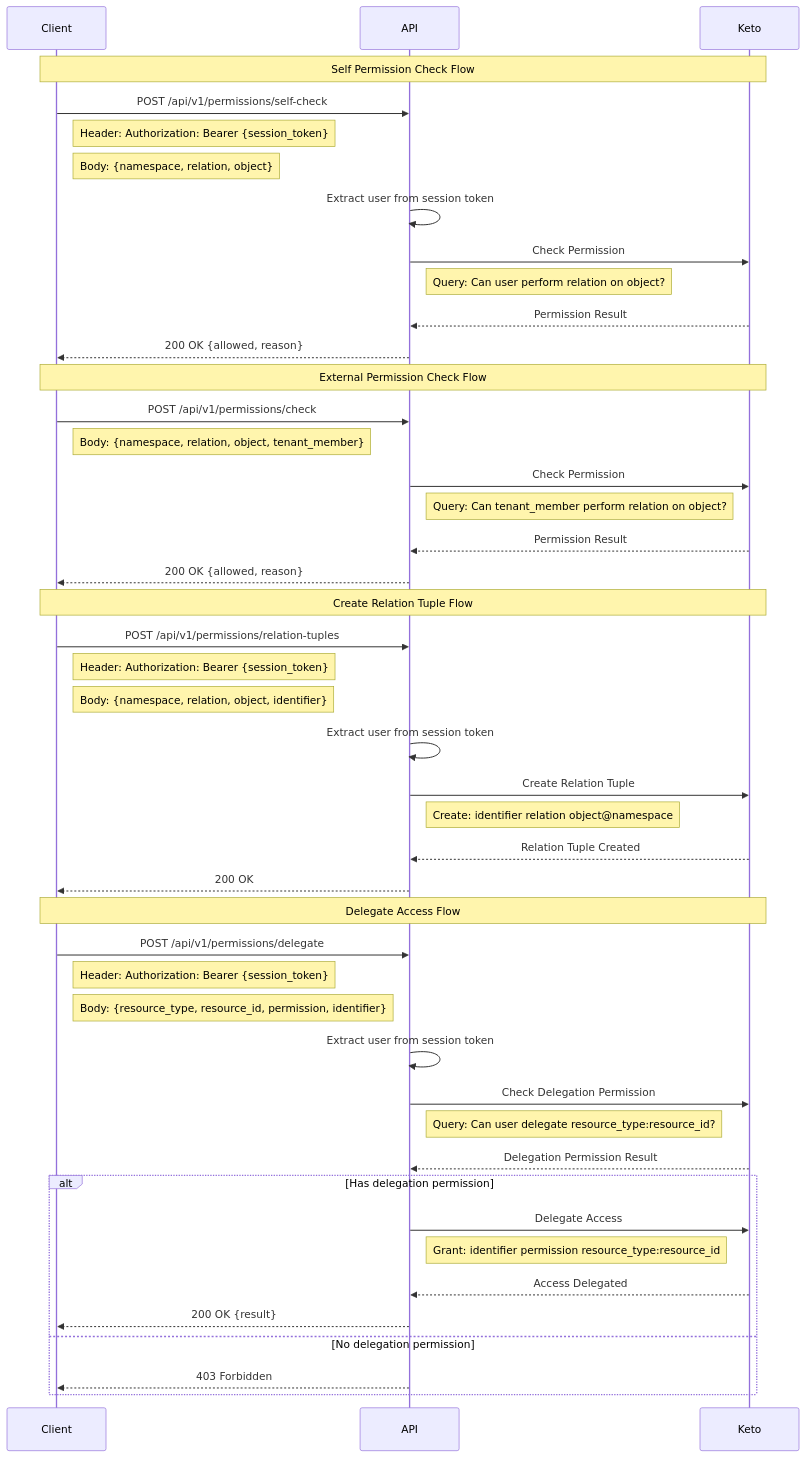
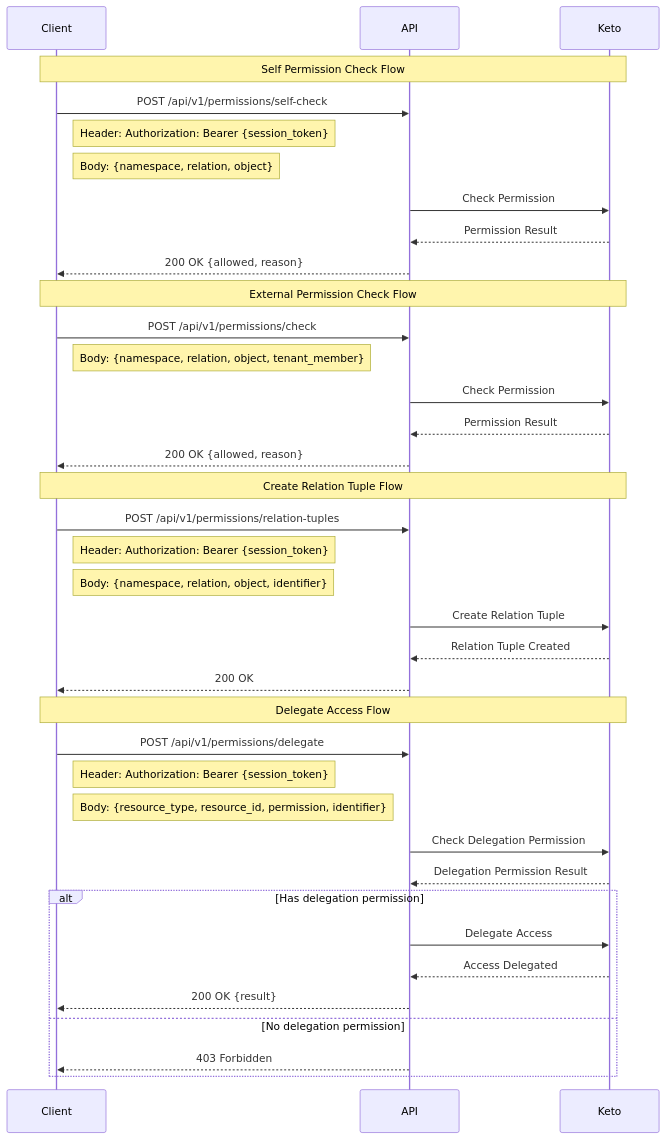
One commit to lifenetwork-ai/iam-service changed the diagram in dev-docs/Authorization.md. Above: the diagram before and after it, drawn with Mermaid.

Commit message:
refactor docs

````diff
--- a/dev-docs/Authorization.md
+++ b/dev-docs/Authorization.md
@@ -5,51 +5,43 @@
 ```mermaid
 sequenceDiagram
     participant Client
     participant API
     participant Keto
     
     Note over Client,Keto: Self Permission Check Flow
     Client->>API: POST /api/v1/permissions/self-check
     Note right of Client: Header: Authorization: Bearer {session_token}
     Note right of Client: Body: {namespace, relation, object}
-    API->>API: Extract user from session token
     API->>Keto: Check Permission
-    Note right of API: Query: Can user perform relation on object?
     Keto-->>API: Permission Result
     API-->>Client: 200 OK {allowed, reason}
     
     Note over Client,Keto: External Permission Check Flow
     Client->>API: POST /api/v1/permissions/check
     Note right of Client: Body: {namespace, relation, object, tenant_member}
     API->>Keto: Check Permission
-    Note right of API: Query: Can tenant_member perform relation on object?
     Keto-->>API: Permission Result
     API-->>Client: 200 OK {allowed, reason}
     
     Note over Client,Keto: Create Relation Tuple Flow
     Client->>API: POST /api/v1/permissions/relation-tuples
     Note right of Client: Header: Authorization: Bearer {session_token}
     Note right of Client: Body: {namespace, relation, object, identifier}
-    API->>API: Extract user from session token
     API->>Keto: Create Relation Tuple
-    Note right of API: Create: identifier relation object@namespace
     Keto-->>API: Relation Tuple Created
     API-->>Client: 200 OK
     
     Note over Client,Keto: Delegate Access Flow
     Client->>API: POST /api/v1/permissions/delegate
     Note right of Client: Header: Authorization: Bearer {session_token}
     Note right of Client: Body: {resource_type, resource_id, permission, identifier}
-    API->>API: Extract user from session token
     API->>Keto: Check Delegation Permission
-    Note right of API: Query: Can user delegate resource_type:resource_id?
     Keto-->>API: Delegation Permission Result
     alt Has delegation permission
         API->>Keto: Delegate Access
-        Note right of API: Grant: identifier permission resource_type:resource_id
         Keto-->>API: Access Delegated
         API-->>Client: 200 OK {result}
     else No delegation permission
         API-->>Client: 403 Forbidden
     end
 ```
````
